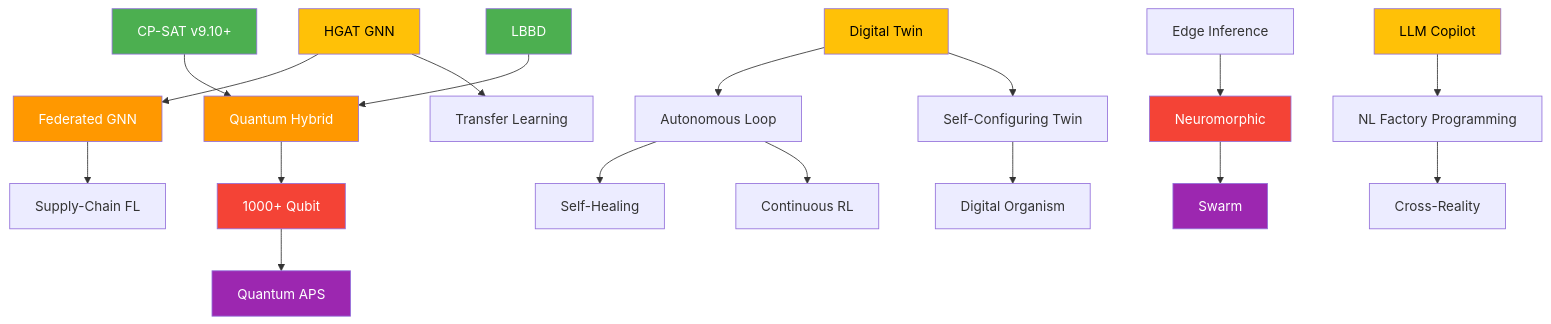
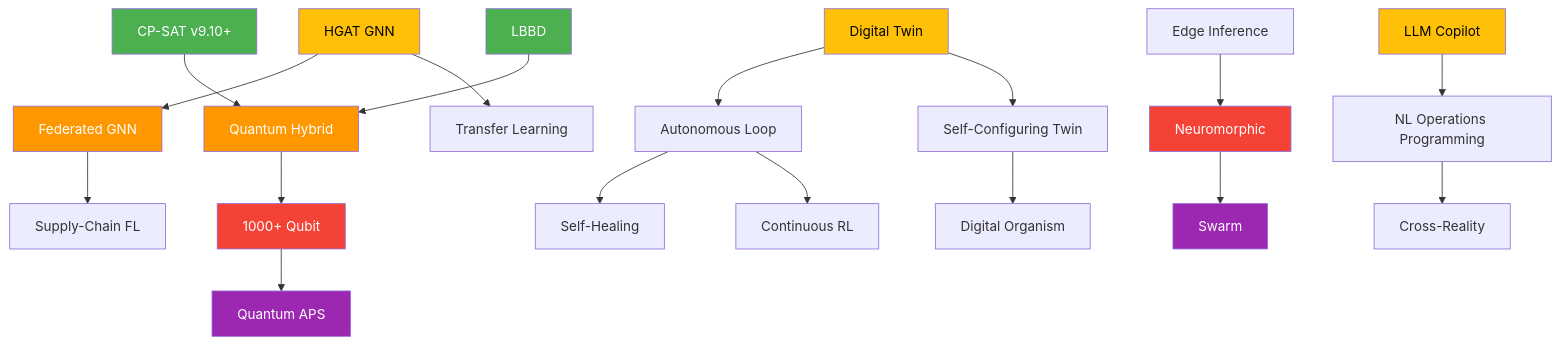
The diagram in docs/research/RESEARCH_ROADMAP_2025_2075.md (KonkovDV/SynAPS), drawn with Mermaid before and after one commit. The commit also changed other lines of this file and 174 other files, not shown here.

````diff
--- a/docs/research/RESEARCH_ROADMAP_2025_2075.md
+++ b/docs/research/RESEARCH_ROADMAP_2025_2075.md
@@ -123,31 +123,31 @@
 ```mermaid
 graph TD
     N1[CP-SAT v9.10+] --> M3[Quantum Hybrid]
     N3[LBBD] --> M3
     N4[HGAT GNN] --> M1[Federated GNN]
     N4 --> M8[Transfer Learning]
-    N5[LLM Copilot] --> F6[NL Factory Programming]
+    N5[LLM Copilot] --> F6[NL Operations Programming]
     N7[Digital Twin] --> M5[Autonomous Loop]
     N7 --> F3[Self-Configuring Twin]
     M1 --> F4[Supply-Chain FL]
     M2[Edge Inference] --> F1[Neuromorphic]
     M3 --> F2[1000+ Qubit]
     M5 --> F7[Self-Healing]
     M5 --> F8[Continuous RL]
     F1 --> V1[Swarm]
     F2 --> V2[Quantum APS]
     F3 --> V3[Digital Organism]
     F6 --> V4[Cross-Reality]
     
     style N1 fill:#4CAF50,color:white
     style N3 fill:#4CAF50,color:white
     style N4 fill:#FFC107,color:black
     style N5 fill:#FFC107,color:black
     style N7 fill:#FFC107,color:black
     style M1 fill:#FF9800,color:white
     style M3 fill:#FF9800,color:white
     style F1 fill:#F44336,color:white
     style F2 fill:#F44336,color:white
     style V1 fill:#9C27B0,color:white
     style V2 fill:#9C27B0,color:white
 ```
````
